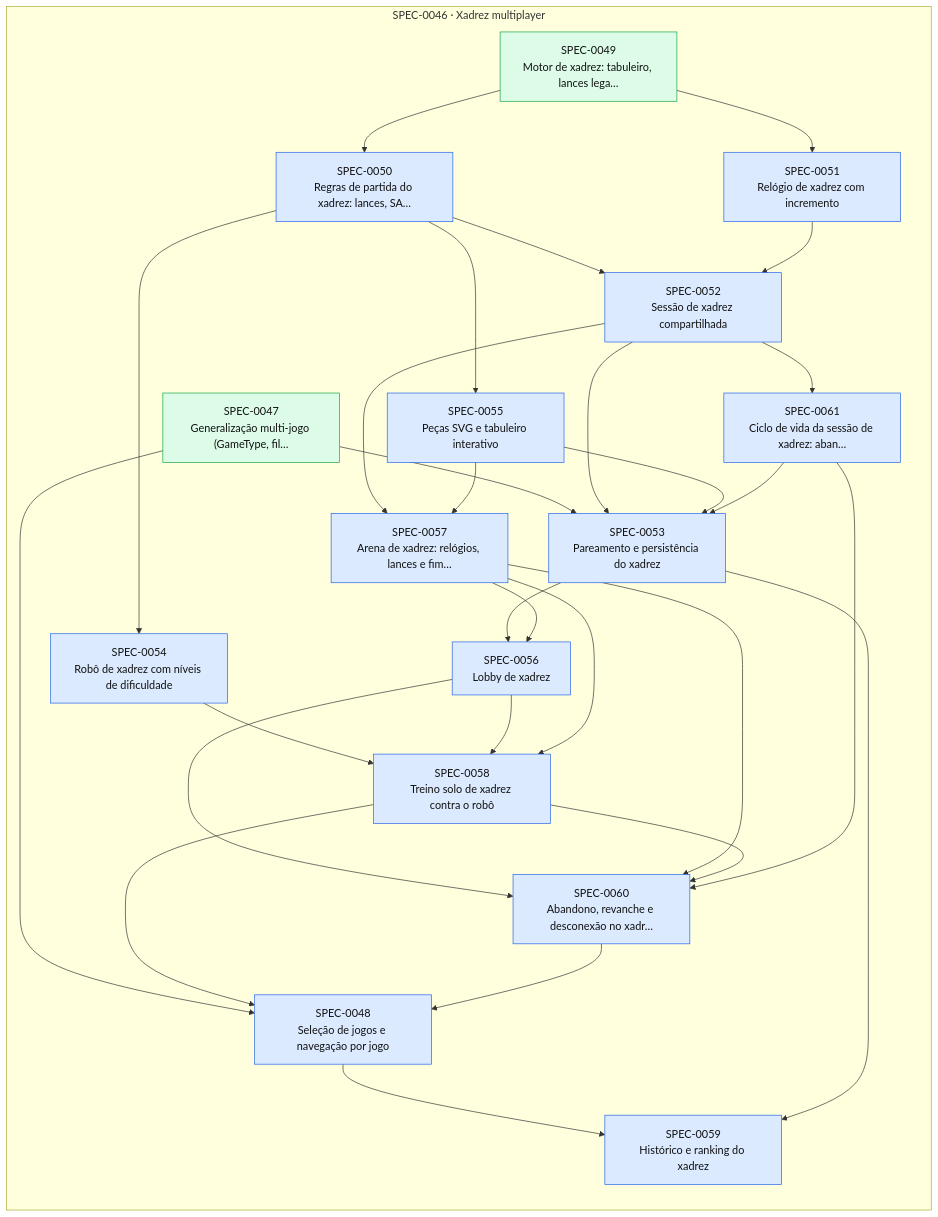
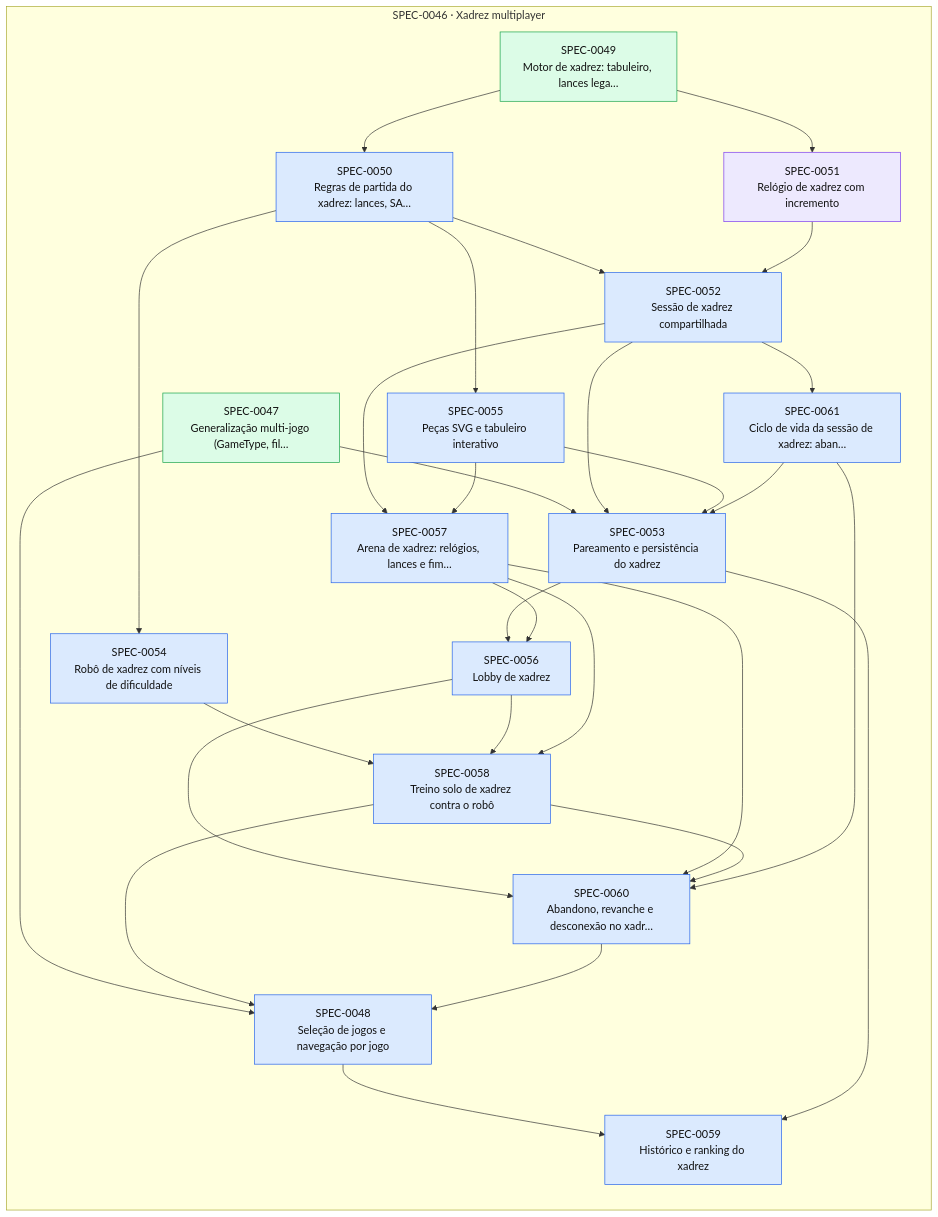
One commit to thomasravache/jogo-da-velha-multiplayer changed the diagram in docs/specs/INDEX.md. Above: the diagram before and after it, drawn with Mermaid. The commit also changed other lines of this file and 1 other file, not shown here.

First line of the commit message:
docs(specs): registrar gates G1-G4 da SPEC-0051

````diff
--- a/docs/specs/INDEX.md
+++ b/docs/specs/INDEX.md
@@ -49,52 +49,52 @@
 ```mermaid
 flowchart LR
   subgraph E0046["SPEC-0046 · Xadrez multiplayer"]
     S0047["SPEC-0047<br/>Generalização multi-jogo (GameType, fil…"]:::implemented
     S0048["SPEC-0048<br/>Seleção de jogos e navegação por jogo"]:::approved
     S0049["SPEC-0049<br/>Motor de xadrez: tabuleiro, lances lega…"]:::implemented
     S0050["SPEC-0050<br/>Regras de partida do xadrez: lances, SA…"]:::approved
-    S0051["SPEC-0051<br/>Relógio de xadrez com incremento"]:::approved
+    S0051["SPEC-0051<br/>Relógio de xadrez com incremento"]:::inprogress
     S0052["SPEC-0052<br/>Sessão de xadrez compartilhada"]:::approved
     S0053["SPEC-0053<br/>Pareamento e persistência do xadrez"]:::approved
     S0054["SPEC-0054<br/>Robô de xadrez com níveis de dificuldade"]:::approved
     S0055["SPEC-0055<br/>Peças SVG e tabuleiro interativo"]:::approved
     S0056["SPEC-0056<br/>Lobby de xadrez"]:::approved
     S0057["SPEC-0057<br/>Arena de xadrez: relógios, lances e fim…"]:::approved
     S0058["SPEC-0058<br/>Treino solo de xadrez contra o robô"]:::approved
     S0059["SPEC-0059<br/>Histórico e ranking do xadrez"]:::approved
     S0060["SPEC-0060<br/>Abandono, revanche e desconexão no xadr…"]:::approved
     S0061["SPEC-0061<br/>Ciclo de vida da sessão de xadrez: aban…"]:::approved
   end
   S0047 --> S0048
   S0058 --> S0048
   S0060 --> S0048
   S0049 --> S0050
   S0049 --> S0051
   S0050 --> S0052
   S0051 --> S0052
   S0047 --> S0053
   S0052 --> S0053
   S0055 --> S0053
   S0061 --> S0053
   S0050 --> S0054
   S0050 --> S0055
   S0053 --> S0056
   S0057 --> S0056
   S0052 --> S0057
   S0055 --> S0057
   S0054 --> S0058
   S0056 --> S0058
   S0057 --> S0058
   S0048 --> S0059
   S0053 --> S0059
   S0056 --> S0060
   S0057 --> S0060
   S0058 --> S0060
   S0061 --> S0060
   S0052 --> S0061
   classDef proposed fill:#fef3c7,stroke:#d97706,color:#111
   classDef approved fill:#dbeafe,stroke:#2563eb,color:#111
   classDef inprogress fill:#ede9fe,stroke:#7c3aed,color:#111
   classDef implemented fill:#dcfce7,stroke:#16a34a,color:#111
   classDef deprecated fill:#f3f4f6,stroke:#9ca3af,color:#6b7280
 ```
````
